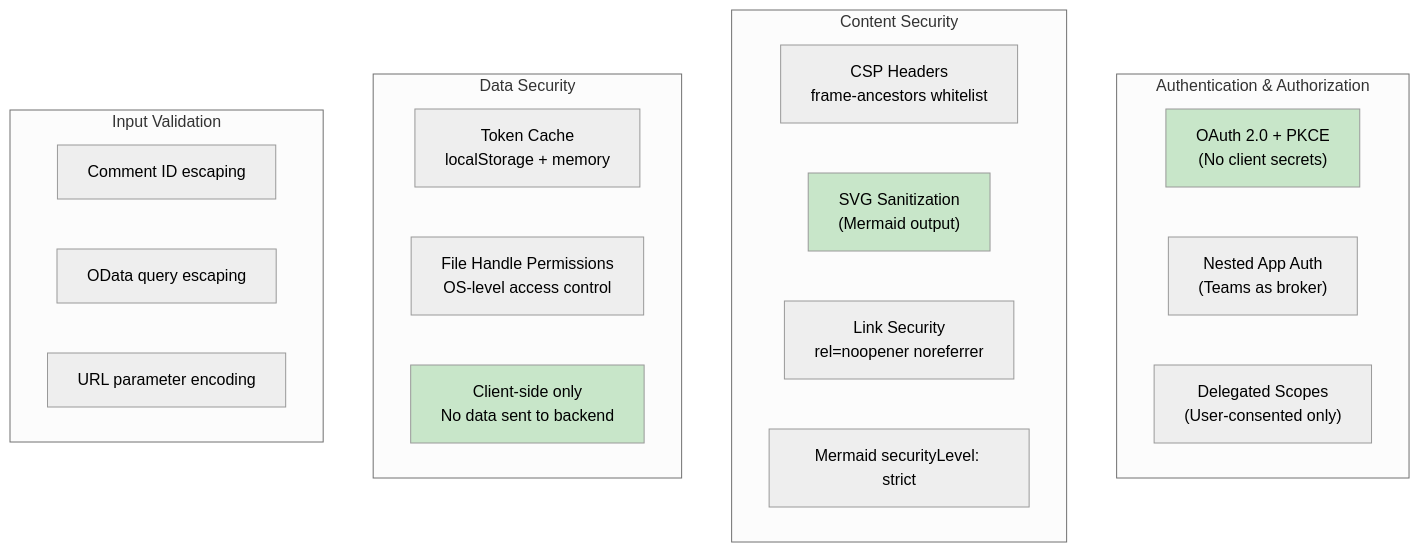
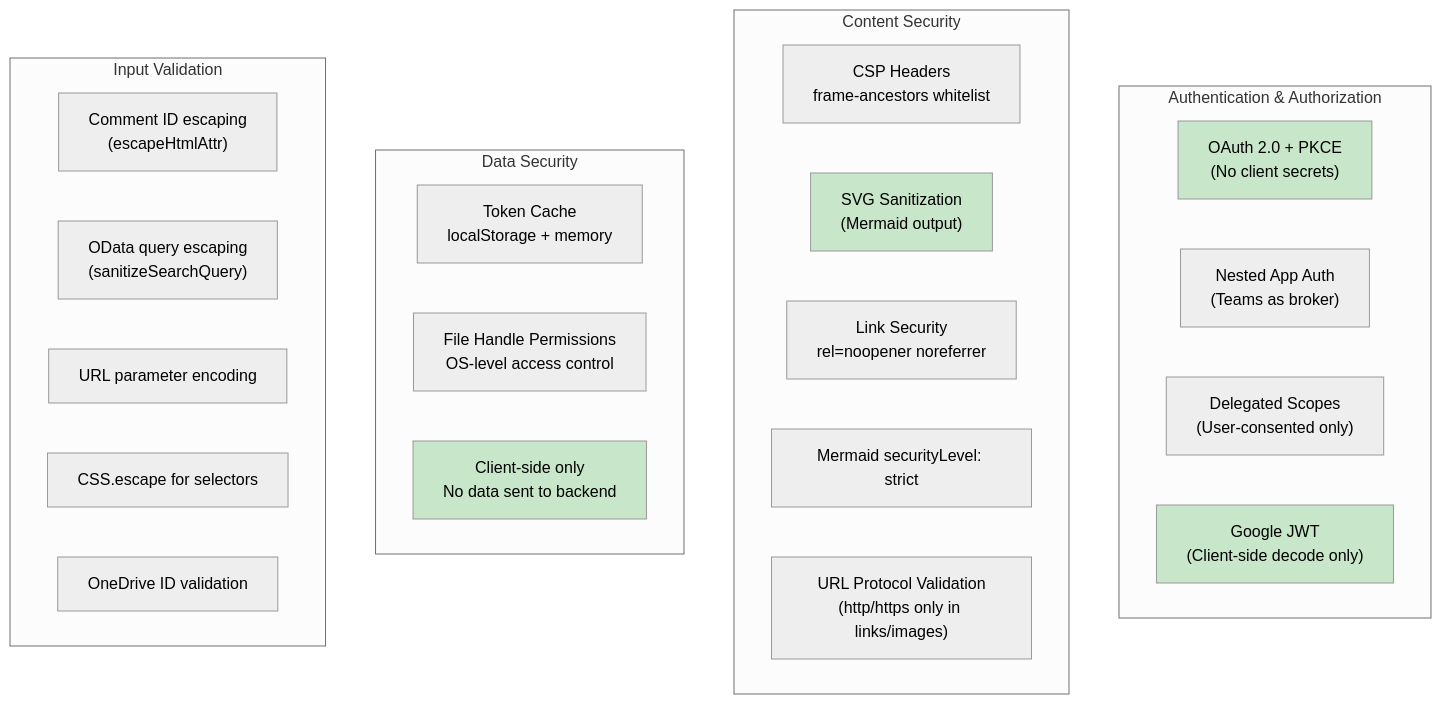
Before and after one commit to mazharm/mdedit: diagram 13 of 14 in docs/DESIGN.md, drawn with Mermaid (neutral theme). The commit also changed other lines of this file and 3 other files, not shown here.

````diff
--- a/docs/DESIGN.md
+++ b/docs/DESIGN.md
@@ -525,31 +627,36 @@
 ```mermaid
 graph TD
     subgraph "Authentication & Authorization"
         OAUTH["OAuth 2.0 + PKCE<br/>(No client secrets)"]
         NAA["Nested App Auth<br/>(Teams as broker)"]
         SCOPES["Delegated Scopes<br/>(User-consented only)"]
+        GOOGLE_JWT["Google JWT<br/>(Client-side decode only)"]
     end
 
     subgraph "Content Security"
         CSP["CSP Headers<br/>frame-ancestors whitelist"]
         SVG_SAN["SVG Sanitization<br/>(Mermaid output)"]
         LINK_REL["Link Security<br/>rel=noopener noreferrer"]
         MERMAID_STRICT["Mermaid securityLevel: strict"]
+        URL_PROTO["URL Protocol Validation<br/>(http/https only in links/images)"]
     end
 
     subgraph "Data Security"
         TOKEN_CACHE["Token Cache<br/>localStorage + memory"]
         HANDLE_PERM["File Handle Permissions<br/>OS-level access control"]
         LOCAL_ONLY["Client-side only<br/>No data sent to backend"]
     end
 
     subgraph "Input Validation"
-        COMMENT_ESC["Comment ID escaping"]
-        ODATA_ESC["OData query escaping"]
+        COMMENT_ESC["Comment ID escaping<br/>(escapeHtmlAttr)"]
+        ODATA_ESC["OData query escaping<br/>(sanitizeSearchQuery)"]
         URL_ENC["URL parameter encoding"]
+        SELECTOR_ESC["CSS.escape for selectors"]
+        ONEDRIVE_ID["OneDrive ID validation"]
     end
 
     style OAUTH fill:#c8e6c9
     style SVG_SAN fill:#c8e6c9
     style LOCAL_ONLY fill:#c8e6c9
+    style GOOGLE_JWT fill:#c8e6c9
 ```
````
